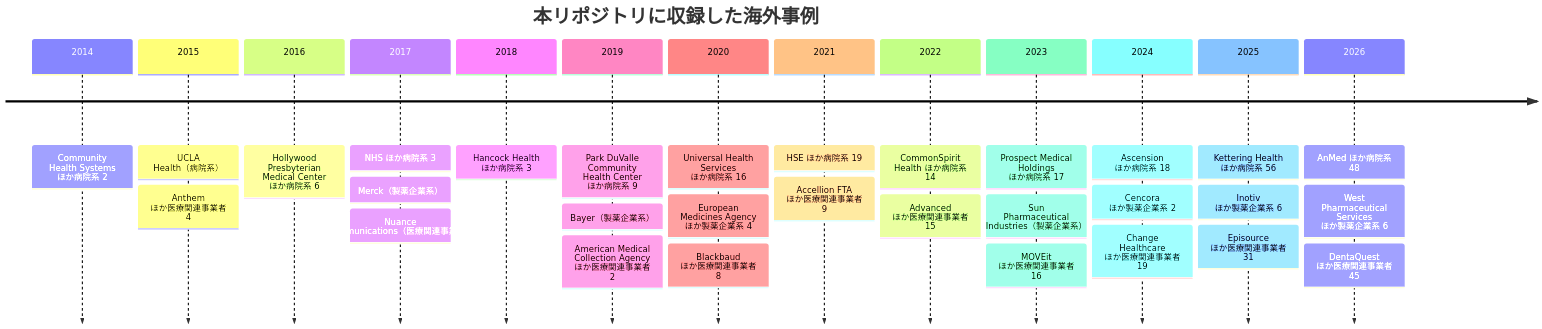
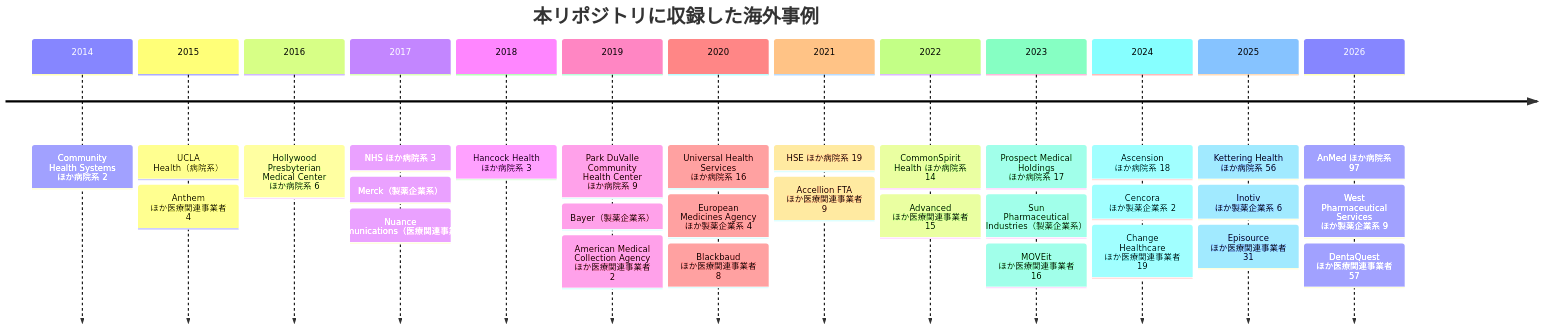
Before and after one commit to scgajge12/awesome-healthcare-security: the diagram in docs/threats/incidents/global/README.md, drawn with Mermaid. The commit also changed other lines of this file and 5 other files, not shown here.

````diff
--- a/docs/threats/incidents/global/README.md
+++ b/docs/threats/incidents/global/README.md
@@ -22,17 +22,17 @@
 ```mermaid
 timeline
     title 本リポジトリに収録した海外事例
     2014 : Community Health Systems ほか病院系 2
     2015 : UCLA Health（病院系） : Anthem ほか医療関連事業者 4
     2016 : Hollywood Presbyterian Medical Center ほか病院系 6
     2017 : NHS ほか病院系 3 : Merck（製薬企業系） : Nuance Communications（医療関連事業者）
     2018 : Hancock Health ほか病院系 3
     2019 : Park DuValle Community Health Center ほか病院系 9 : Bayer（製薬企業系） : American Medical Collection Agency ほか医療関連事業者 2
     2020 : Universal Health Services ほか病院系 16 : European Medicines Agency ほか製薬企業系 4 : Blackbaud ほか医療関連事業者 8
     2021 : HSE ほか病院系 19 : Accellion FTA ほか医療関連事業者 9
     2022 : CommonSpirit Health ほか病院系 14 : Advanced ほか医療関連事業者 15
     2023 : Prospect Medical Holdings ほか病院系 17 : Sun Pharmaceutical Industries（製薬企業系） : MOVEit ほか医療関連事業者 16
     2024 : Ascension ほか病院系 18 : Cencora ほか製薬企業系 2 : Change Healthcare ほか医療関連事業者 19
     2025 : Kettering Health ほか病院系 56 : Inotiv ほか製薬企業系 6 : Episource ほか医療関連事業者 31
-    2026 : AnMed ほか病院系 48 : West Pharmaceutical Services ほか製薬企業系 6 : DentaQuest ほか医療関連事業者 45
+    2026 : AnMed ほか病院系 97 : West Pharmaceutical Services ほか製薬企業系 9 : DentaQuest ほか医療関連事業者 57
 ```
````
